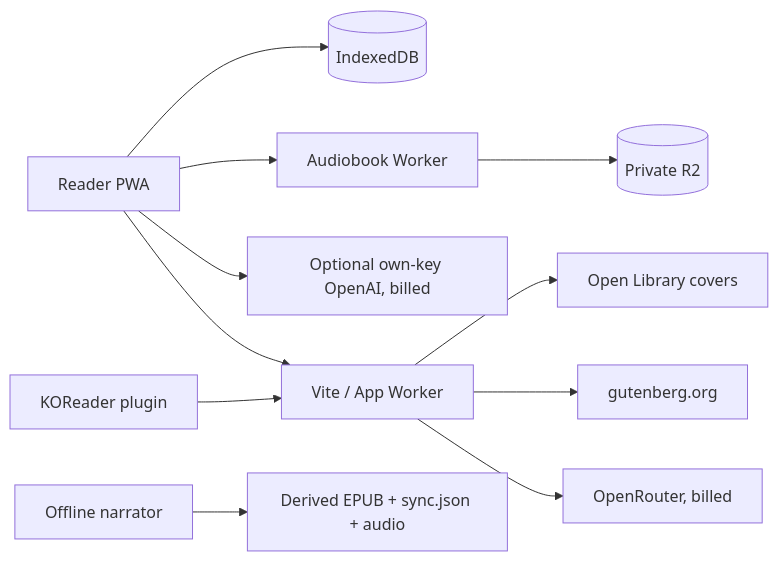
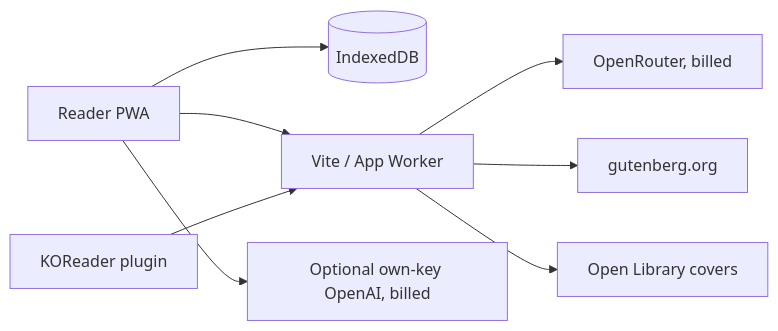
Before and after one commit to Agentic-Possible/Rami: the diagram in docs/architecture.md, drawn with Mermaid. The commit also changed other lines of this file and 67 other files, not shown here.

First line of the commit message:
Remove audiobook playback, the audiobook Worker, and the narrator

````diff
--- a/docs/architecture.md
+++ b/docs/architecture.md
@@ -3,13 +3,10 @@
 ```mermaid
 flowchart LR
   PWA[Reader PWA] --> IDB[(IndexedDB)]
   PWA --> Relay[Vite / App Worker]
   KO[KOReader plugin] --> Relay
   Relay --> OR[OpenRouter, billed]
   Relay --> PG[gutenberg.org]
   Relay --> OL[Open Library covers]
   PWA --> OA[Optional own-key OpenAI, billed]
-  PWA --> Audio[Audiobook Worker]
-  Audio --> R2[(Private R2)]
-  Narrator[Offline narrator] --> Artifacts[Derived EPUB + sync.json + audio]
 ```
````
